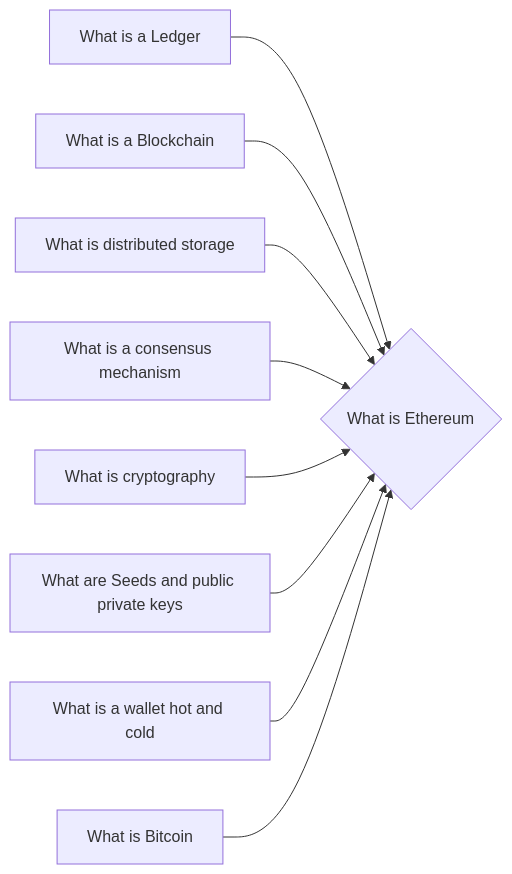
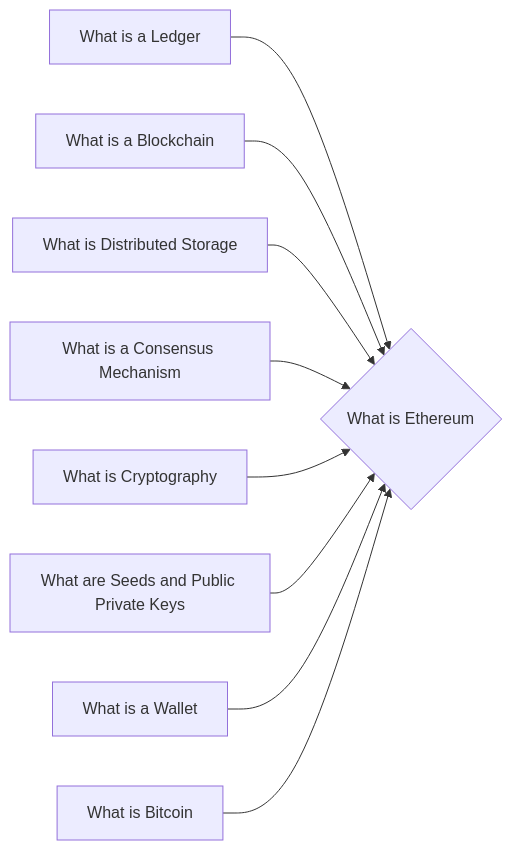
Before and after one commit to lpurdy01/crypto-knowledge-map: the diagram in notes/What_is_Ethereum.md, drawn with Mermaid. The commit also changed 50 other files, not shown here.

````diff
--- a/notes/What_is_Ethereum.md
+++ b/notes/What_is_Ethereum.md
@@ -27,11 +27,11 @@
 ```mermaid
 graph LR
 1["What is a Ledger"]-->0{"What is Ethereum"}
 2["What is a Blockchain"]-->0{"What is Ethereum"}
-3["What is distributed storage"]-->0{"What is Ethereum"}
-4["What is a consensus mechanism"]-->0{"What is Ethereum"}
-5["What is cryptography"]-->0{"What is Ethereum"}
-6["What are Seeds and public private keys"]-->0{"What is Ethereum"}
-7["What is a wallet hot and cold"]-->0{"What is Ethereum"}
+3["What is Distributed Storage"]-->0{"What is Ethereum"}
+4["What is a Consensus Mechanism"]-->0{"What is Ethereum"}
+5["What is Cryptography"]-->0{"What is Ethereum"}
+6["What are Seeds and Public Private Keys"]-->0{"What is Ethereum"}
+7["What is a Wallet"]-->0{"What is Ethereum"}
 8["What is Bitcoin"]-->0{"What is Ethereum"}
 ```
````
